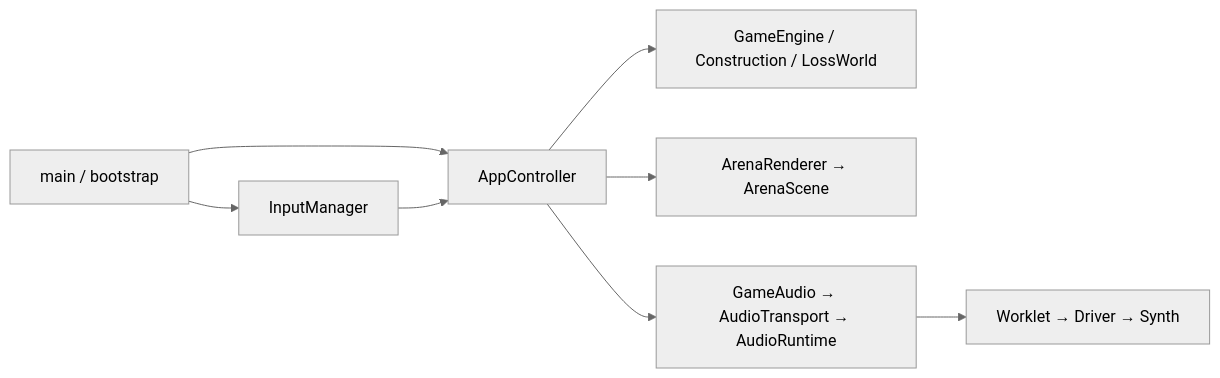
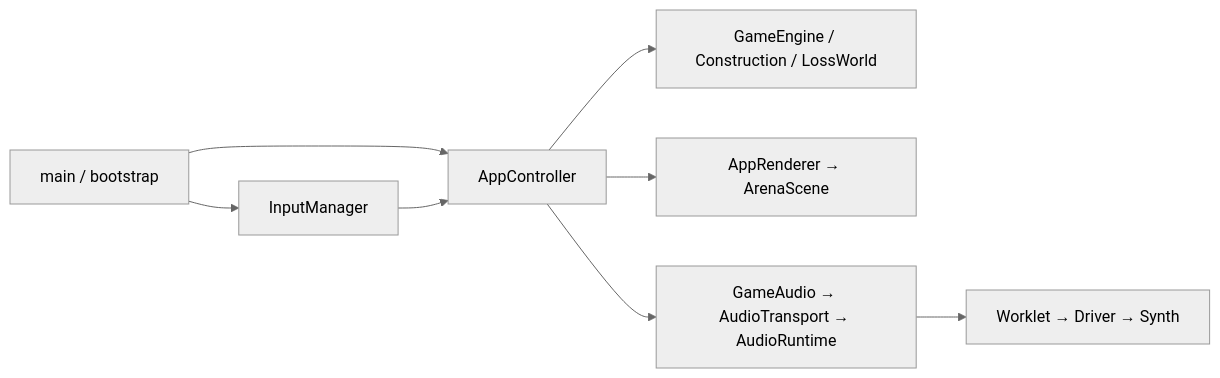
The diagram in web/docs/architecture.md (JC6/BattleCity), drawn with Mermaid (neutral theme) before and after one commit. The commit also changed other lines of this file and 2 other files, not shown here.

Commit message:
移除渲染端口的纯转发包装

````diff
--- a/web/docs/architecture.md
+++ b/web/docs/architecture.md
@@ -5,10 +5,10 @@
 ```mermaid
 flowchart LR
   Browser[main / bootstrap] --> Input[InputManager]
   Browser --> Controller[AppController]
   Input --> Controller
   Controller --> Core[GameEngine / Construction / LossWorld]
-  Controller --> Renderer[ArenaRenderer → ArenaScene]
+  Controller --> Renderer[AppRenderer → ArenaScene]
   Controller --> Audio[GameAudio → AudioTransport → AudioRuntime]
   Audio --> Worklet[Worklet → Driver → Synth]
 ```
````
